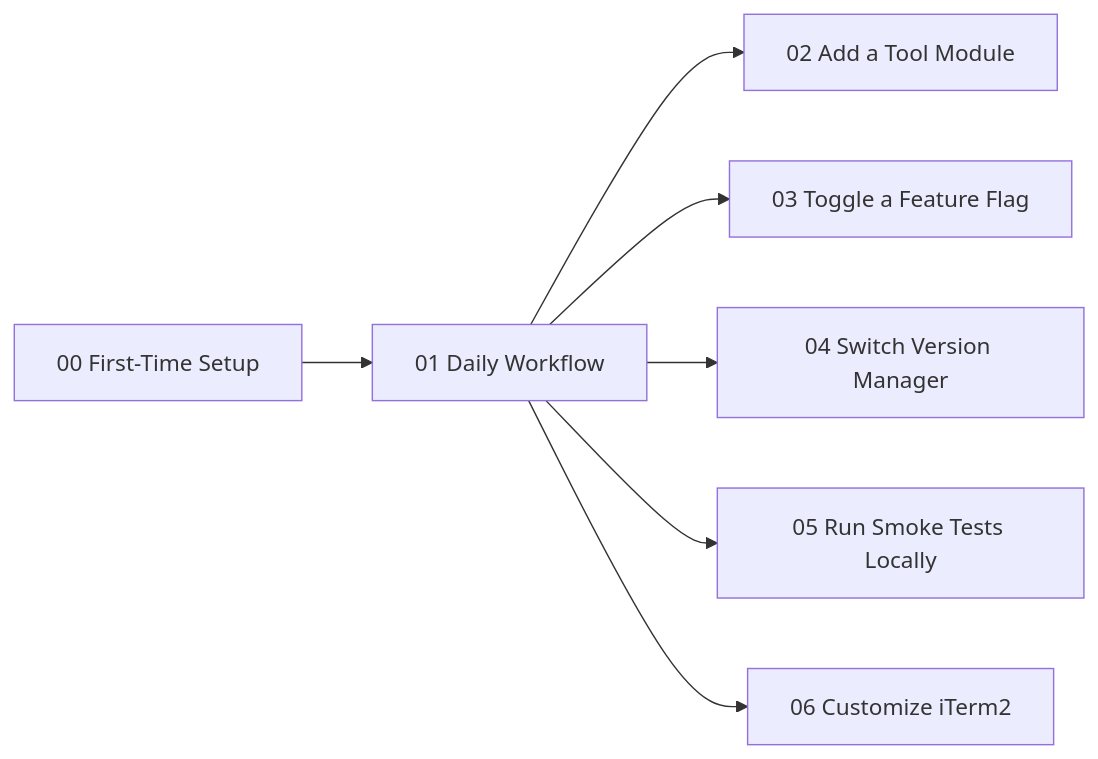
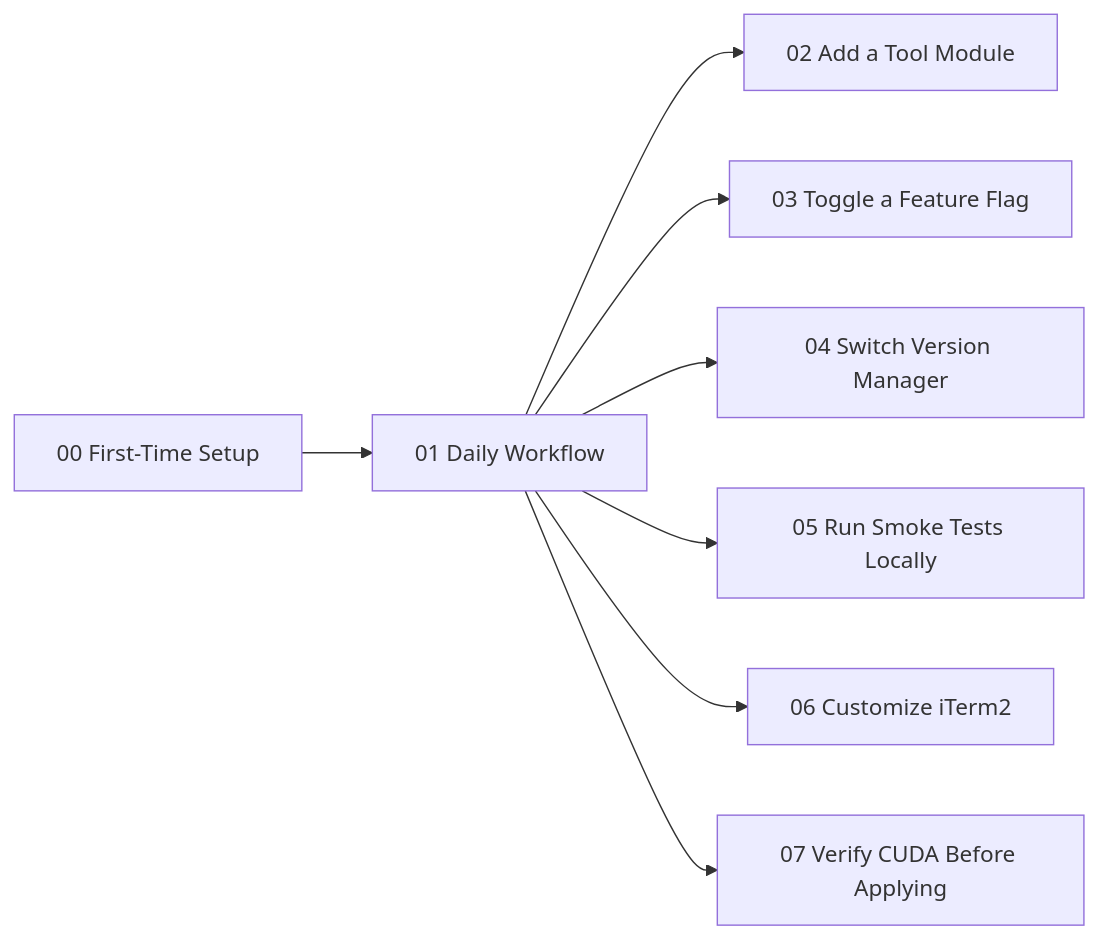
Before and after one commit to bossjones/zsh-dotfiles: the diagram in docs/tutorials/README.md, drawn with Mermaid. The commit also changed other lines of this file and 3 other files, not shown here.

First line of the commit message:
docs(tutorials): add 07, manual CUDA/GPU verification before applying

````diff
--- a/docs/tutorials/README.md
+++ b/docs/tutorials/README.md
@@ -27,9 +28,10 @@
 ```mermaid
 flowchart LR
     T00["00 First-Time Setup"] --> T01["01 Daily Workflow"]
     T01 --> T02["02 Add a Tool Module"]
     T01 --> T03["03 Toggle a Feature Flag"]
     T01 --> T04["04 Switch Version Manager"]
     T01 --> T05["05 Run Smoke Tests Locally"]
     T01 --> T06["06 Customize iTerm2"]
+    T01 --> T07["07 Verify CUDA Before Applying"]
 ```
````
